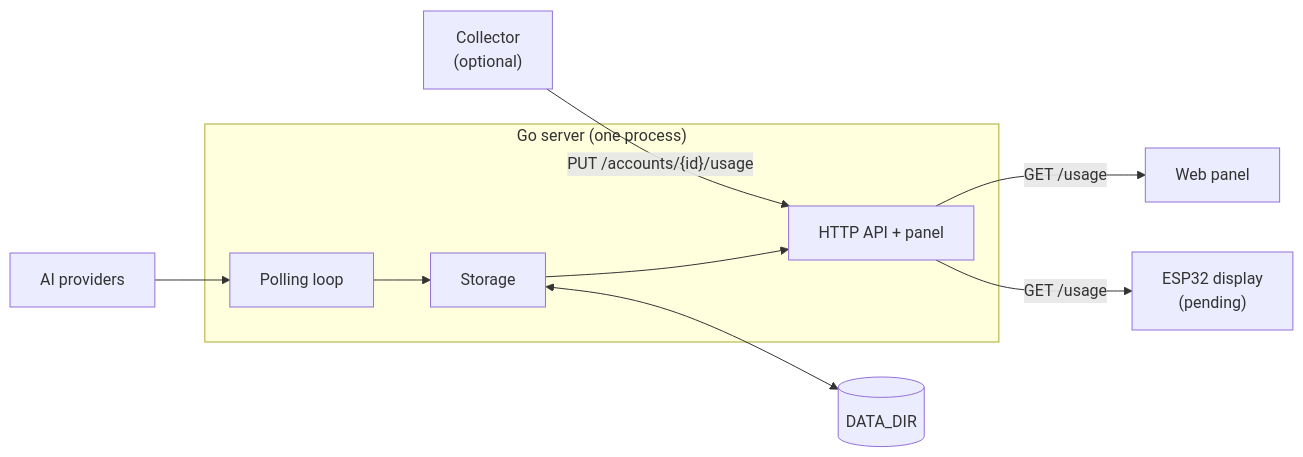
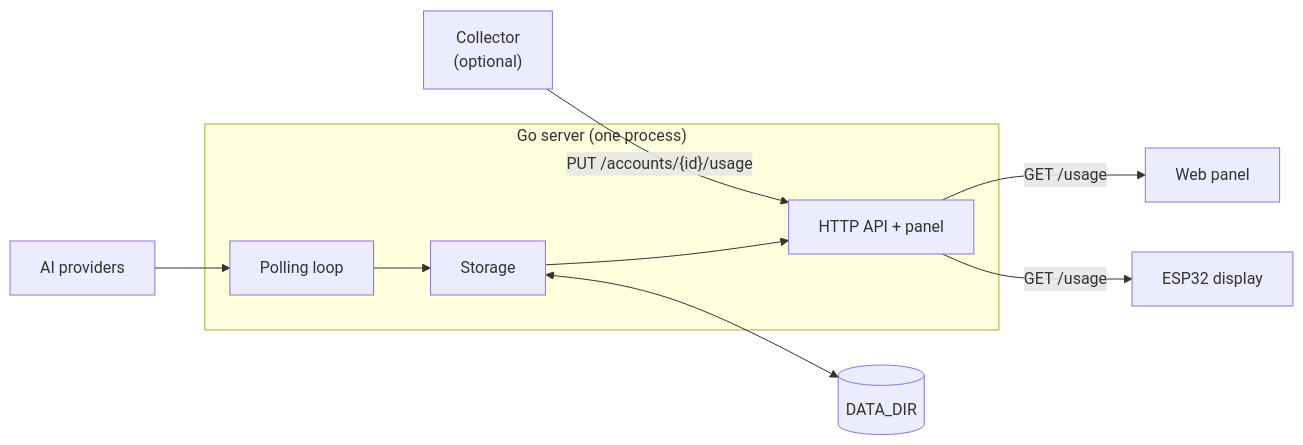
Before and after one commit to a-bianchi/ai-quota-monitor: the diagram in docs/architecture.md, drawn with Mermaid. The commit also changed other lines of this file and 30 other files, not shown here.

````diff
--- a/docs/architecture.md
+++ b/docs/architecture.md
@@ -7,20 +7,20 @@
 ```mermaid
 flowchart LR
     P["AI providers"]
     C["Collector<br/>(optional)"]
     subgraph S["Go server (one process)"]
         L["Polling loop"]
         ST["Storage"]
         H["HTTP API + panel"]
         L --> ST --> H
     end
     D[("DATA_DIR")]
     W["Web panel"]
-    E["ESP32 display<br/>(pending)"]
+    E["ESP32 display"]
 
     P --> L
     C -- "PUT /accounts/{id}/usage" --> H
     ST <--> D
     H -- "GET /usage" --> W
     H -- "GET /usage" --> E
 ```
````
